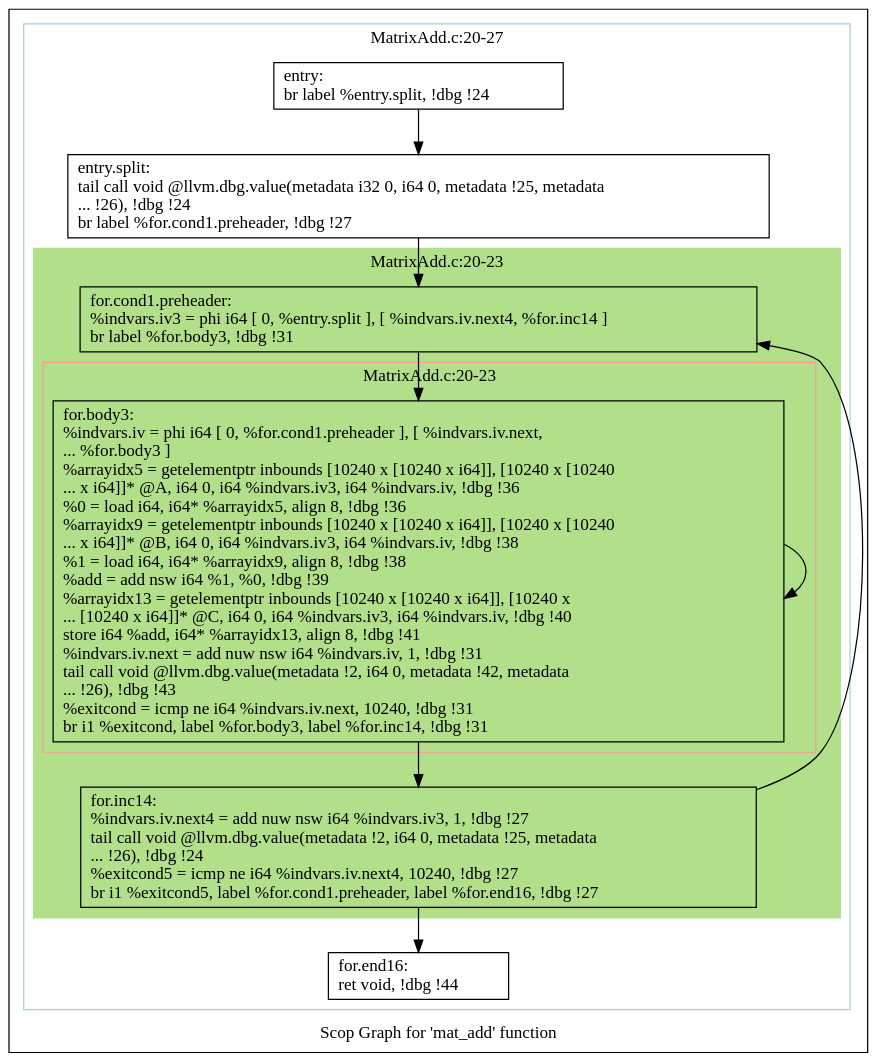
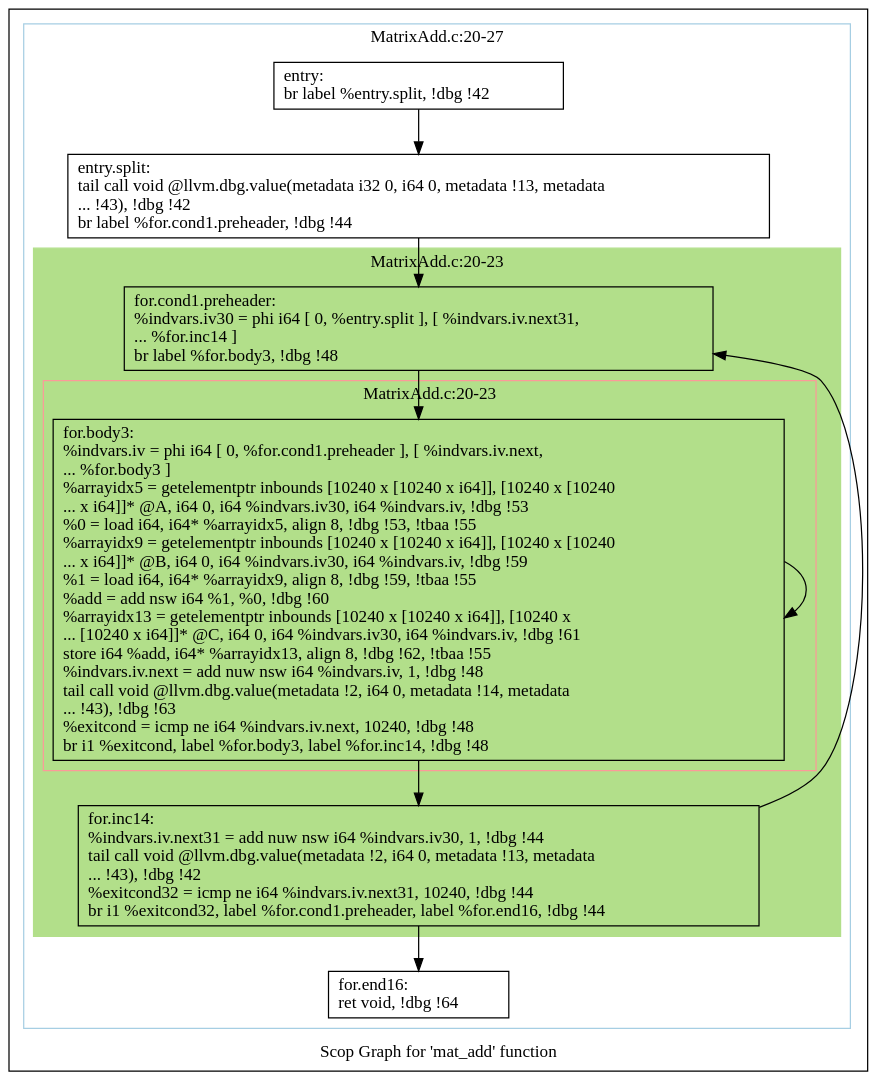
The diagram in polly/MatrixAdd/impl/handwritten/dot/scops.mat_add.dot (samminweng/WhileyOpenCL), drawn with Graphviz before and after one commit. The commit also changed 34 other files, not shown here.

```diff
--- a/polly/MatrixAdd/impl/handwritten/dot/scops.mat_add.dot
+++ b/polly/MatrixAdd/impl/handwritten/dot/scops.mat_add.dot
@@ -1,41 +1,41 @@
 digraph "Scop Graph for 'mat_add' function" {
 	label="Scop Graph for 'mat_add' function";
 
-	Node0x4ec0500 [shape=record,label="{entry:\l  br label %entry.split, !dbg !24\l}"];
-	Node0x4ec0500 -> Node0x4ea35c0;
-	Node0x4ea35c0 [shape=record,label="{entry.split:                                      \l  tail call void @llvm.dbg.value(metadata i32 0, i64 0, metadata !25, metadata\l... !26), !dbg !24\l  br label %for.cond1.preheader, !dbg !27\l}"];
-	Node0x4ea35c0 -> Node0x4e9ff90;
-	Node0x4e9ff90 [shape=record,label="{for.cond1.preheader:                              \l  %indvars.iv3 = phi i64 [ 0, %entry.split ], [ %indvars.iv.next4, %for.inc14 ]\l  br label %for.body3, !dbg !31\l}"];
-	Node0x4e9ff90 -> Node0x4ea3540;
-	Node0x4ea3540 [shape=record,label="{for.body3:                                        \l  %indvars.iv = phi i64 [ 0, %for.cond1.preheader ], [ %indvars.iv.next,\l... %for.body3 ]\l  %arrayidx5 = getelementptr inbounds [10240 x [10240 x i64]], [10240 x [10240\l... x i64]]* @A, i64 0, i64 %indvars.iv3, i64 %indvars.iv, !dbg !36\l  %0 = load i64, i64* %arrayidx5, align 8, !dbg !36\l  %arrayidx9 = getelementptr inbounds [10240 x [10240 x i64]], [10240 x [10240\l... x i64]]* @B, i64 0, i64 %indvars.iv3, i64 %indvars.iv, !dbg !38\l  %1 = load i64, i64* %arrayidx9, align 8, !dbg !38\l  %add = add nsw i64 %1, %0, !dbg !39\l  %arrayidx13 = getelementptr inbounds [10240 x [10240 x i64]], [10240 x\l... [10240 x i64]]* @C, i64 0, i64 %indvars.iv3, i64 %indvars.iv, !dbg !40\l  store i64 %add, i64* %arrayidx13, align 8, !dbg !41\l  %indvars.iv.next = add nuw nsw i64 %indvars.iv, 1, !dbg !31\l  tail call void @llvm.dbg.value(metadata !2, i64 0, metadata !42, metadata\l... !26), !dbg !43\l  %exitcond = icmp ne i64 %indvars.iv.next, 10240, !dbg !31\l  br i1 %exitcond, label %for.body3, label %for.inc14, !dbg !31\l}"];
-	Node0x4ea3540 -> Node0x4ea3540[constraint=false];
-	Node0x4ea3540 -> Node0x4ea35a0;
-	Node0x4ea35a0 [shape=record,label="{for.inc14:                                        \l  %indvars.iv.next4 = add nuw nsw i64 %indvars.iv3, 1, !dbg !27\l  tail call void @llvm.dbg.value(metadata !2, i64 0, metadata !25, metadata\l... !26), !dbg !24\l  %exitcond5 = icmp ne i64 %indvars.iv.next4, 10240, !dbg !27\l  br i1 %exitcond5, label %for.cond1.preheader, label %for.end16, !dbg !27\l}"];
-	Node0x4ea35a0 -> Node0x4e9ff90[constraint=false];
-	Node0x4ea35a0 -> Node0x4ea6030;
-	Node0x4ea6030 [shape=record,label="{for.end16:                                        \l  ret void, !dbg !44\l}"];
+	Node0x8f0cad0 [shape=record,label="{entry:\l  br label %entry.split, !dbg !42\l}"];
+	Node0x8f0cad0 -> Node0x8f0caf0;
+	Node0x8f0caf0 [shape=record,label="{entry.split:                                      \l  tail call void @llvm.dbg.value(metadata i32 0, i64 0, metadata !13, metadata\l... !43), !dbg !42\l  br label %for.cond1.preheader, !dbg !44\l}"];
+	Node0x8f0caf0 -> Node0x8e69a70;
+	Node0x8e69a70 [shape=record,label="{for.cond1.preheader:                              \l  %indvars.iv30 = phi i64 [ 0, %entry.split ], [ %indvars.iv.next31,\l... %for.inc14 ]\l  br label %for.body3, !dbg !48\l}"];
+	Node0x8e69a70 -> Node0x8f0cb90;
+	Node0x8f0cb90 [shape=record,label="{for.body3:                                        \l  %indvars.iv = phi i64 [ 0, %for.cond1.preheader ], [ %indvars.iv.next,\l... %for.body3 ]\l  %arrayidx5 = getelementptr inbounds [10240 x [10240 x i64]], [10240 x [10240\l... x i64]]* @A, i64 0, i64 %indvars.iv30, i64 %indvars.iv, !dbg !53\l  %0 = load i64, i64* %arrayidx5, align 8, !dbg !53, !tbaa !55\l  %arrayidx9 = getelementptr inbounds [10240 x [10240 x i64]], [10240 x [10240\l... x i64]]* @B, i64 0, i64 %indvars.iv30, i64 %indvars.iv, !dbg !59\l  %1 = load i64, i64* %arrayidx9, align 8, !dbg !59, !tbaa !55\l  %add = add nsw i64 %1, %0, !dbg !60\l  %arrayidx13 = getelementptr inbounds [10240 x [10240 x i64]], [10240 x\l... [10240 x i64]]* @C, i64 0, i64 %indvars.iv30, i64 %indvars.iv, !dbg !61\l  store i64 %add, i64* %arrayidx13, align 8, !dbg !62, !tbaa !55\l  %indvars.iv.next = add nuw nsw i64 %indvars.iv, 1, !dbg !48\l  tail call void @llvm.dbg.value(metadata !2, i64 0, metadata !14, metadata\l... !43), !dbg !63\l  %exitcond = icmp ne i64 %indvars.iv.next, 10240, !dbg !48\l  br i1 %exitcond, label %for.body3, label %for.inc14, !dbg !48\l}"];
+	Node0x8f0cb90 -> Node0x8f0cb90[constraint=false];
+	Node0x8f0cb90 -> Node0x8f34450;
+	Node0x8f34450 [shape=record,label="{for.inc14:                                        \l  %indvars.iv.next31 = add nuw nsw i64 %indvars.iv30, 1, !dbg !44\l  tail call void @llvm.dbg.value(metadata !2, i64 0, metadata !13, metadata\l... !43), !dbg !42\l  %exitcond32 = icmp ne i64 %indvars.iv.next31, 10240, !dbg !44\l  br i1 %exitcond32, label %for.cond1.preheader, label %for.end16, !dbg !44\l}"];
+	Node0x8f34450 -> Node0x8e69a70[constraint=false];
+	Node0x8f34450 -> Node0x8f344b0;
+	Node0x8f344b0 [shape=record,label="{for.end16:                                        \l  ret void, !dbg !64\l}"];
 	colorscheme = "paired12"
-        subgraph cluster_0x4e9b480 {
+        subgraph cluster_0x8f06ed0 {
           label = "MatrixAdd.c:20-27
 ";
           style = solid;
           color = 1
-          subgraph cluster_0x4e9f150 {
+          subgraph cluster_0x8e5ea20 {
             label = "MatrixAdd.c:20-23
 ";
             style = filled;
-            color = 3            subgraph cluster_0x4e9f0d0 {
+            color = 3            subgraph cluster_0x8e62990 {
               label = "MatrixAdd.c:20-23
 ";
               style = solid;
               color = 5
-              Node0x4ea3540;
+              Node0x8f0cb90;
             }
-            Node0x4e9ff90;
-            Node0x4ea35a0;
+            Node0x8e69a70;
+            Node0x8f34450;
           }
-          Node0x4ec0500;
-          Node0x4ea35c0;
-          Node0x4ea6030;
+          Node0x8f0cad0;
+          Node0x8f0caf0;
+          Node0x8f344b0;
         }
 }
```
